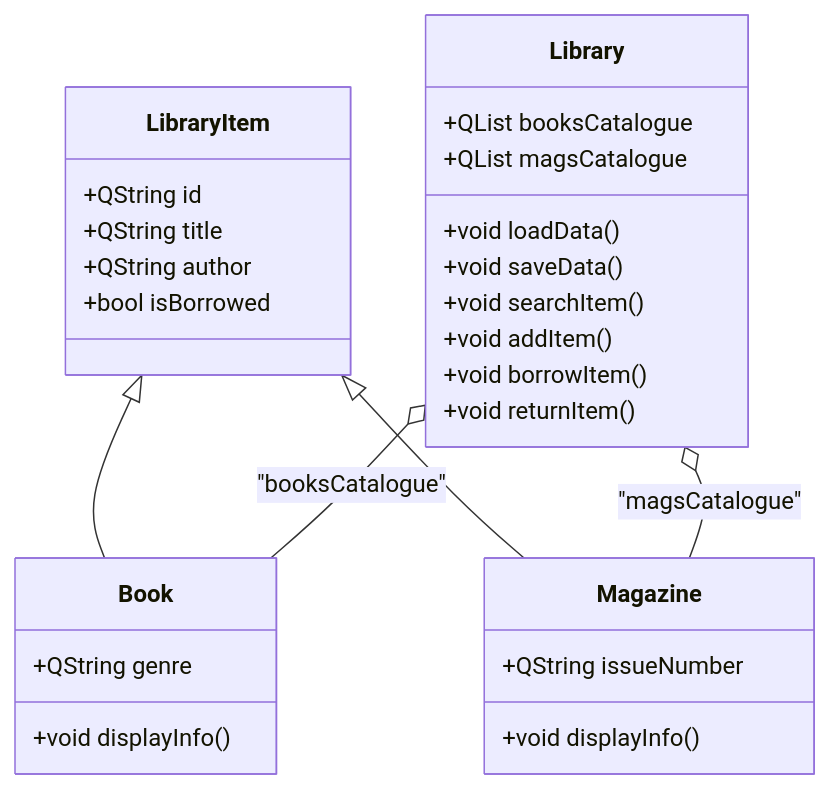
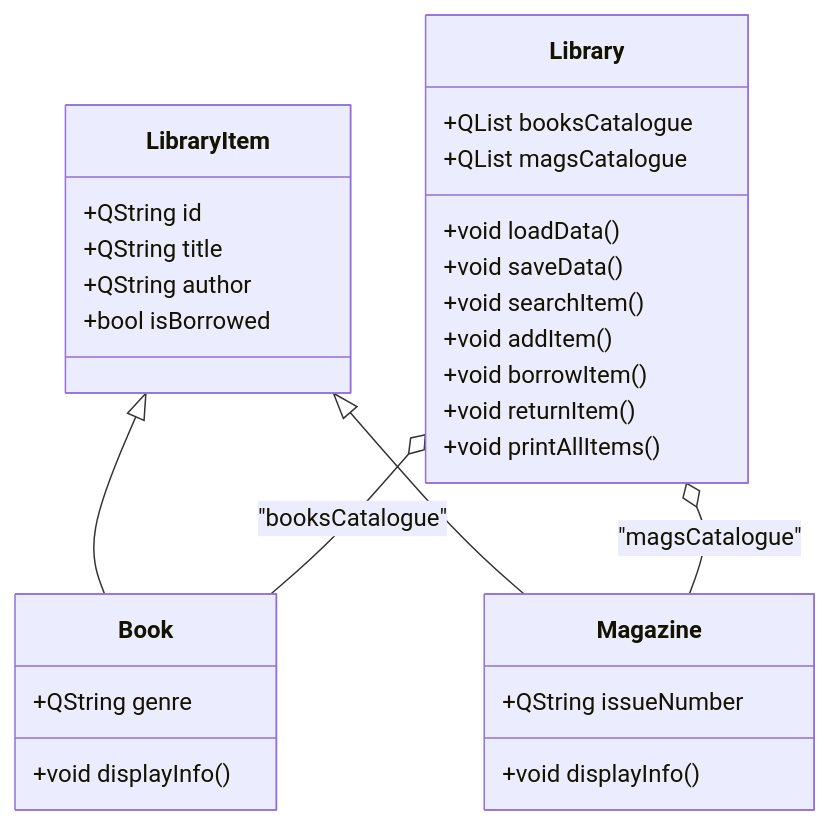
The diagram in ReadMe.md (KG-khangelani/ass1Library), drawn with Mermaid before and after one commit. The commit also changed other lines of this file and 6 other files, not shown here.

Commit message:
Refactor Library Management System: Enhance user interaction with improved prompts, add print functionality for all items, and update documentation for clarity.

````diff
--- a/ReadMe.md
+++ b/ReadMe.md
@@ -29,32 +30,33 @@
 ```mermaid
 classDiagram
     LibraryItem <|-- Book
     LibraryItem <|-- Magazine
     Library o-- Book : "booksCatalogue"
     Library o-- Magazine : "magsCatalogue"
 
     class LibraryItem {
         +QString id
         +QString title
         +QString author
         +bool isBorrowed
     }
     class Book {
         +QString genre
         +void displayInfo()
     }
     class Magazine {
         +QString issueNumber
         +void displayInfo()
     }
     class Library {
         +QList<Book> booksCatalogue
         +QList<Magazine> magsCatalogue
         +void loadData()
         +void saveData()
         +void searchItem()
         +void addItem()
         +void borrowItem()
         +void returnItem()
+        +void printAllItems()
     }
 ```
````
